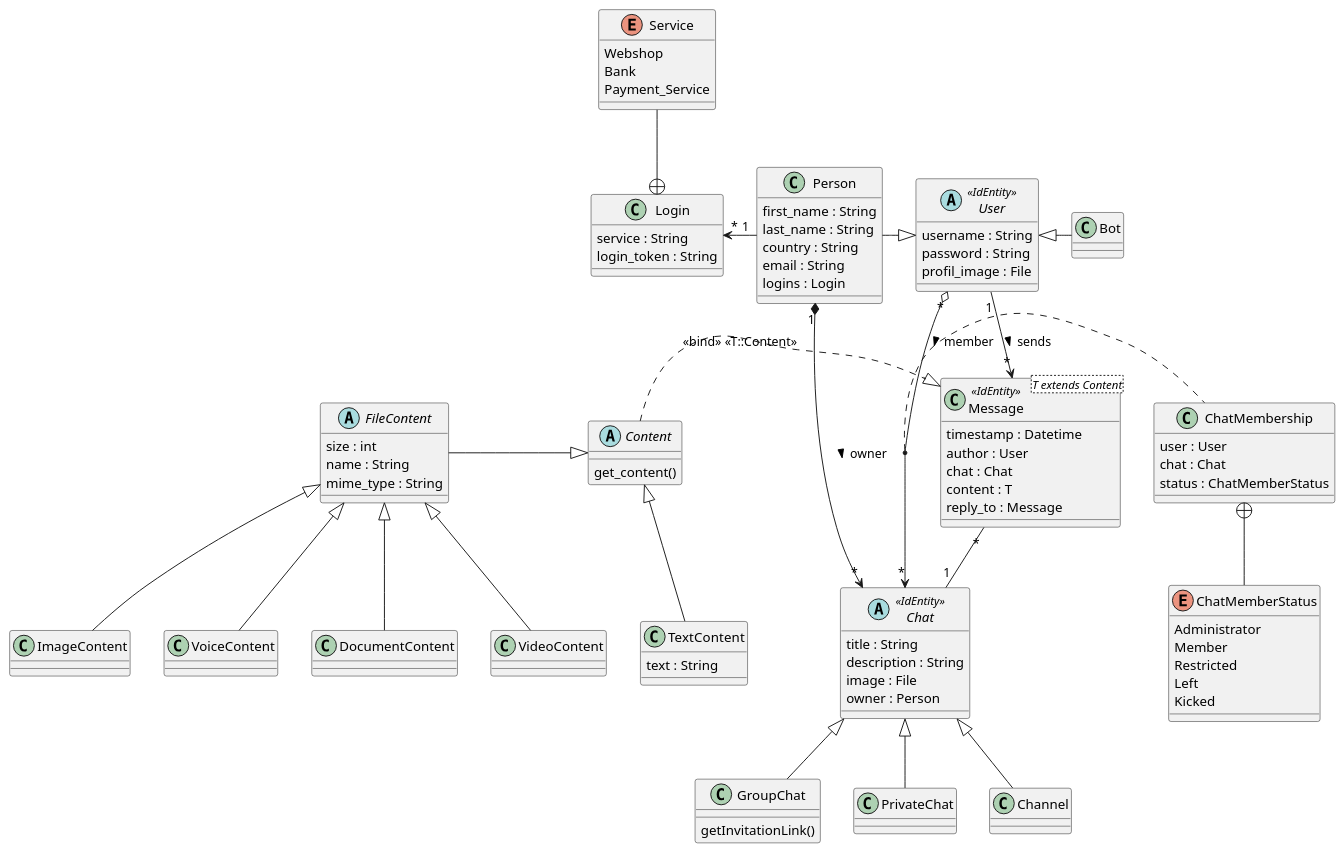
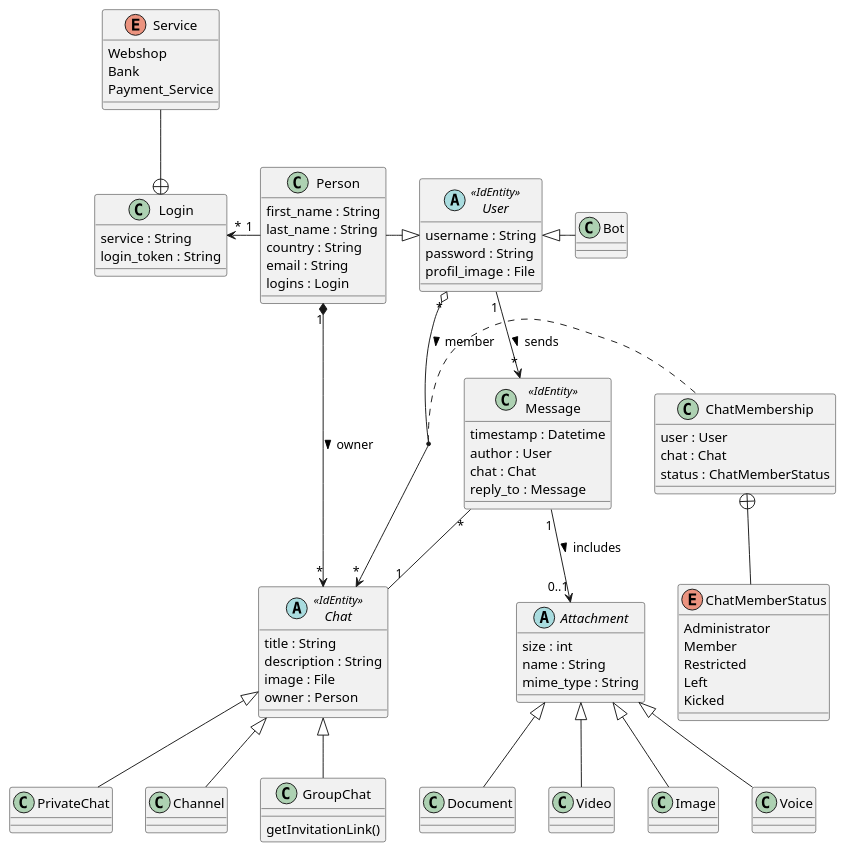
One commit to bbenno/oth-sw changed the diagram in src/doc/uml-domain.puml. Above: the diagram before and after it, drawn with PlantUML.

Commit message:
Use attachment approach in domain model

```diff
--- a/src/doc/uml-domain.puml
+++ b/src/doc/uml-domain.puml
@@ -1,116 +1,101 @@
 @startuml chat-domain
 ' classes in alphabetical order
+abstract class Attachment {
+    size : int
+    name : String
+    mime_type : String
+}
+
 abstract class Chat <<IdEntity>> {
     title : String
     description : String
     image : File
     owner : Person
 }
 
 class ChatMembership {
     user : User
     chat : Chat
     status : ChatMemberStatus
 }
 
 enum ChatMemberStatus {
     Administrator
     Member
     Restricted
     Left
     Kicked
 }
 
-abstract class Content {
-    get_content()
-}
-
-abstract class FileContent {
-    size : int
-    name : String
-    mime_type : String
-}
-
 class GroupChat {
     getInvitationLink()
 }
 
 class Login {
     service : String
     login_token : String
 }
 
-class Message <T extends Content> <<IdEntity>> {
+class Message <<IdEntity>> {
     timestamp : Datetime
     author : User
     chat : Chat
-    content : T
     reply_to : Message
 }
 
 class Person {
     first_name : String
     last_name : String
     country : String
     email : String
     logins : Login
 }
 
 class PrivateChat
 
 enum Service {
     Webshop
     Bank
     Payment_Service
 }
 
-class TextContent {
-    text : String
-}
-
 abstract class User <<IdEntity>> {
     username : String
     password : String
     profil_image : File
 }
 
 ' Inheritance
 '' Chat inheritance
 Chat <|-- PrivateChat
 Chat <|-- GroupChat
 Chat <|-- Channel
 
-'' Content inheritance
-Content <|-- TextContent
-FileContent -|> Content
-
-'' FileContent inheritance
-FileContent <|-- VideoContent
-FileContent <|-- ImageContent
-FileContent <|-- VoiceContent
-FileContent <|-- DocumentContent
+'' Attachment inheritance
+Attachment <|-- Video
+Attachment <|-- Image
+Attachment <|-- Voice
+Attachment <|-- Document
 
 '' Person inheritance
 Person -|> User
 User <|- Bot
-
-' Generic binding
-Content .|> Message : <<bind>> <<T::Content>>
 
 ' Relations
 '' to Chat
 Person "1" *--> "*" Chat : owner >
 User "*" o--> "*" Chat : member >
 (User, Chat) .. ChatMembership
 
 '' to Message
 User "1" --> "*" Message : sends >
 Message "*" -- "1" Chat
+Message "1" --> "0..1" Attachment : includes >
 
 '' with Enumerations
 Service --+ Login
 ChatMembership +-- ChatMemberStatus
 
 '' Misc
 Login "*" <- "1" Person
 @enduml
```
